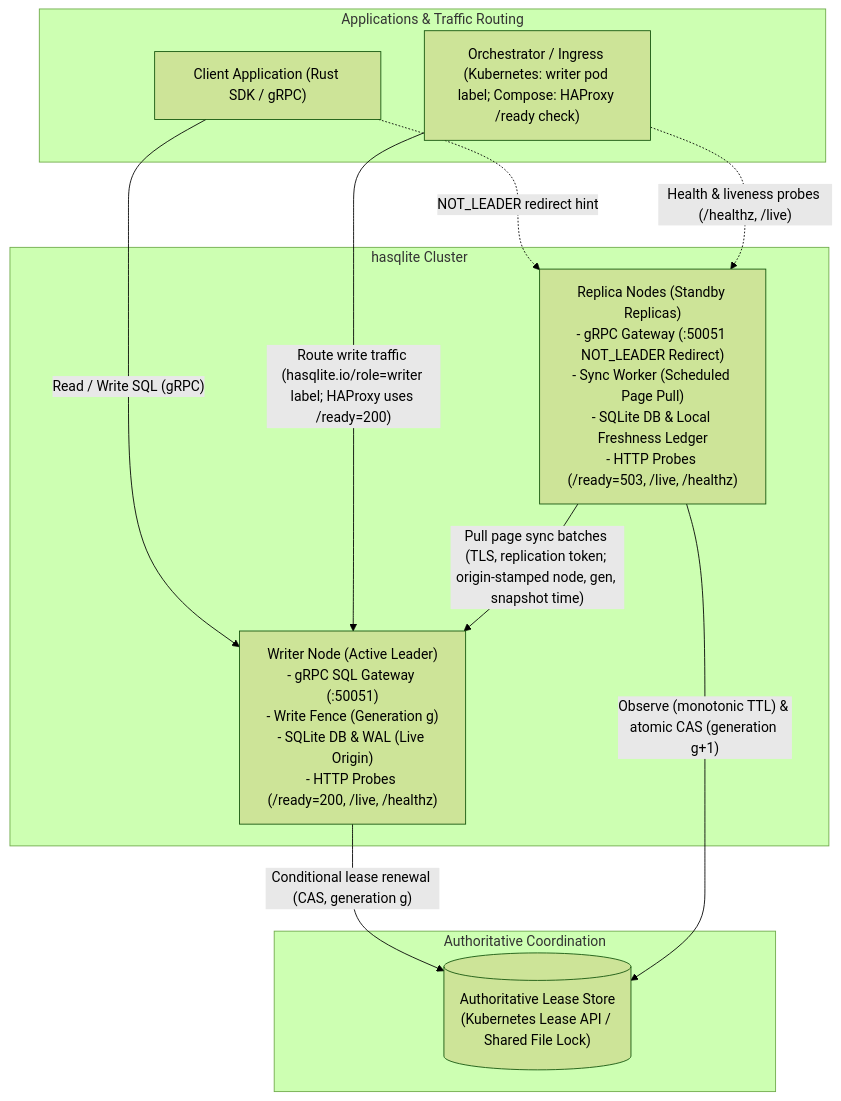
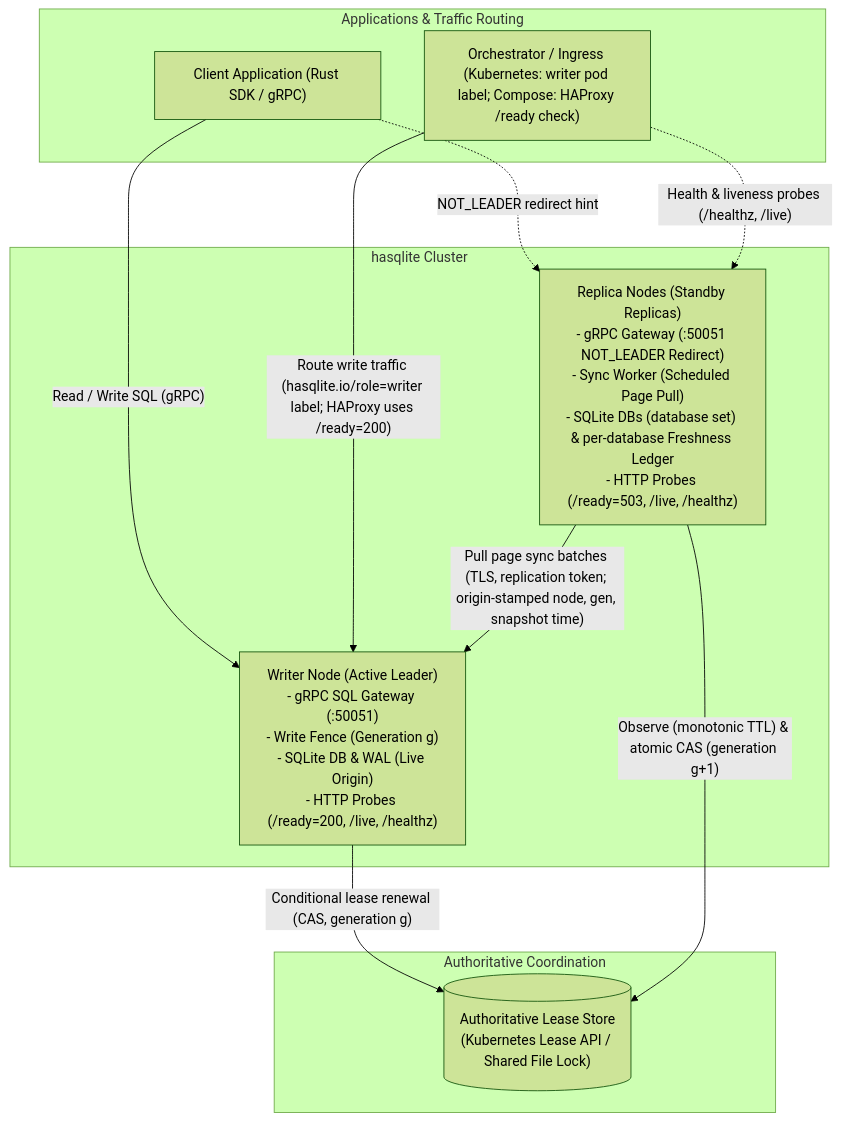
The first of 4 diagrams in docs/architecture.md (sria91/hasqlite), drawn with Mermaid (forest theme) before and after one commit. The commit also changed other lines of this file and 29 other files, not shown here.

````diff
--- a/docs/architecture.md
+++ b/docs/architecture.md
@@ -38,27 +38,27 @@
 ```mermaid
 flowchart TB
   subgraph apps ["Applications & Traffic Routing"]
     APP["Client Application (Rust SDK / gRPC)"]
     ROUTER["Orchestrator / Ingress (Kubernetes: writer pod label; Compose: HAProxy /ready check)"]
   end
 
   subgraph cluster ["hasqlite Cluster"]
     WRITER["Writer Node (Active Leader)\n- gRPC SQL Gateway (:50051)\n- Write Fence (Generation g)\n- SQLite DB & WAL (Live Origin)\n- HTTP Probes (/ready=200, /live, /healthz)"]
 
-    REPLICAS["Replica Nodes (Standby Replicas)\n- gRPC Gateway (:50051 NOT_LEADER Redirect)\n- Sync Worker (Scheduled Page Pull)\n- SQLite DB & Local Freshness Ledger\n- HTTP Probes (/ready=503, /live, /healthz)"]
+    REPLICAS["Replica Nodes (Standby Replicas)\n- gRPC Gateway (:50051 NOT_LEADER Redirect)\n- Sync Worker (Scheduled Page Pull)\n- SQLite DBs (database set) & per-database Freshness Ledger\n- HTTP Probes (/ready=503, /live, /healthz)"]
   end
 
   subgraph coord ["Authoritative Coordination"]
     LEASE[("Authoritative Lease Store\n(Kubernetes Lease API / Shared File Lock)")]
   end
 
   APP -->|"Read / Write SQL (gRPC)"| WRITER
   APP -.->|"NOT_LEADER redirect hint"| REPLICAS
   ROUTER -->|"Route write traffic (hasqlite.io/role=writer label; HAProxy uses /ready=200)"| WRITER
   ROUTER -.->|"Health & liveness probes (/healthz, /live)"| REPLICAS
 
   WRITER -->|"Conditional lease renewal (CAS, generation g)"| LEASE
   REPLICAS -->|"Observe (monotonic TTL) & atomic CAS (generation g+1)"| LEASE
 
   REPLICAS -->|"Pull page sync batches (TLS, replication token; origin-stamped node, gen, snapshot time)"| WRITER
 ```
````
